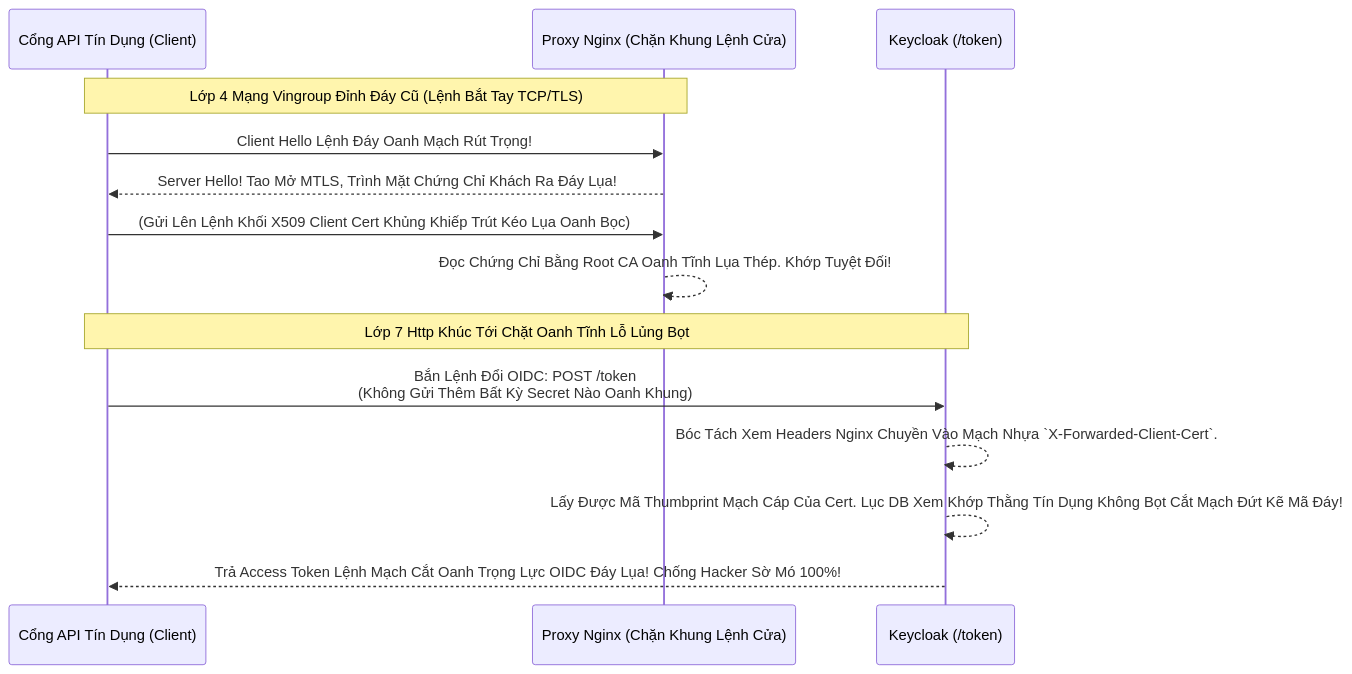
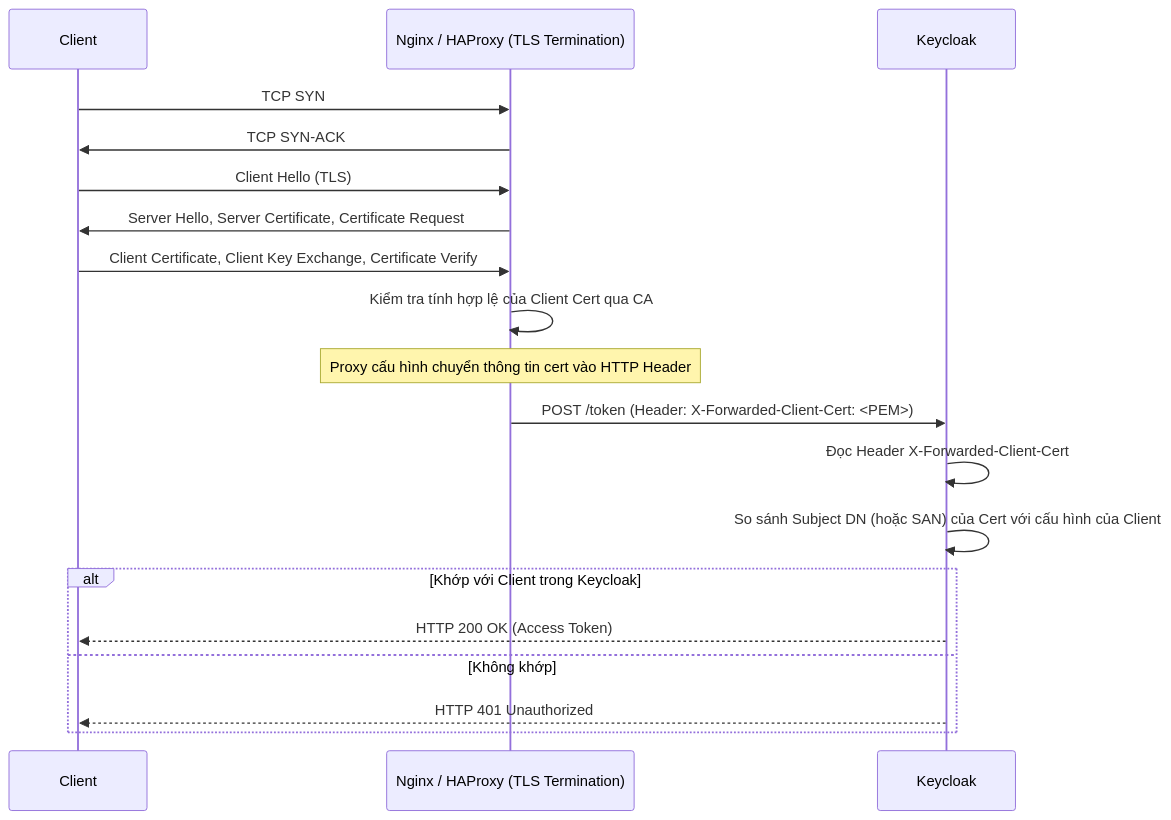
One commit to Luckyy0/keycloak changed the diagram in 18-Client-Authentication/Module-1-Methods/Lesson-4-X509-MTLS.md. Above: the diagram before and after it, drawn with Mermaid. The commit also changed other lines of this file and 215 other files, not shown here.

````diff
--- a/18-Client-Authentication/Module-1-Methods/Lesson-4-X509-MTLS.md
+++ b/18-Client-Authentication/Module-1-Methods/Lesson-4-X509-MTLS.md
@@ -29,19 +16,25 @@
 ```mermaid
 sequenceDiagram
-    participant App as Cổng API Tín Dụng (Client)
-    participant Nginx as Proxy Nginx (Chặn Khung Lệnh Cửa)
-    participant KC as Keycloak (/token)
+    participant Client
+    participant ReverseProxy as Nginx / HAProxy (TLS Termination)
+    participant Keycloak
 
-    Note over App, Nginx: Lớp 4 Mạng Vingroup Đỉnh Đáy Cũ (Lệnh Bắt Tay TCP/TLS)
-    App->>Nginx: Client Hello Lệnh Đáy Oanh Mạch Rút Trọng!
-    Nginx-->>App: Server Hello! Tao Mở MTLS, Trình Mặt Chứng Chỉ Khách Ra Đáy Lụa!
-    App->>Nginx: (Gửi Lên Lệnh Khối X509 Client Cert Khủng Khiếp Trút Kéo Lụa Oanh Bọc)
-    Nginx-->>Nginx: Đọc Chứng Chỉ Bằng Root CA Oanh Tĩnh Lụa Thép. Khớp Tuyệt Đối!
+    Client->>ReverseProxy: TCP SYN
+    ReverseProxy->>Client: TCP SYN-ACK
+    Client->>ReverseProxy: Client Hello (TLS)
+    ReverseProxy->>Client: Server Hello, Server Certificate, Certificate Request
+    Client->>ReverseProxy: Client Certificate, Client Key Exchange, Certificate Verify
+    ReverseProxy->>ReverseProxy: Kiểm tra tính hợp lệ của Client Cert qua CA
     
-    Note over App, KC: Lớp 7 Http Khúc Tới Chặt Oanh Tĩnh Lỗ Lủng Bọt
-    App->>KC: Bắn Lệnh Đổi OIDC: POST /token <br/> (Không Gửi Thêm Bất Kỳ Secret Nào Oanh Khung)
+    Note over ReverseProxy: Proxy cấu hình chuyển thông tin cert vào HTTP Header
+    ReverseProxy->>Keycloak: POST /token (Header: X-Forwarded-Client-Cert: <PEM>)
     
-    KC-->>KC: Bóc Tách Xem Headers Nginx Chuyền Vào Mạch Nhựa `X-Forwarded-Client-Cert`.
-    KC-->>KC: Lấy Được Mã Thumbprint Mạch Cáp Của Cert. Lục DB Xem Khớp Thằng Tín Dụng Không Bọt Cắt Mạch Đứt Kẽ Mã Đáy!
-    KC-->>App: Trả Access Token Lệnh Mạch Cắt Oanh Trọng Lực OIDC Đáy Lụa! Chống Hacker Sờ Mó 100%!
+    Keycloak->>Keycloak: Đọc Header X-Forwarded-Client-Cert
+    Keycloak->>Keycloak: So sánh Subject DN (hoặc SAN) của Cert với cấu hình của Client
+    
+    alt Khớp với Client trong Keycloak
+        Keycloak-->>Client: HTTP 200 OK (Access Token)
+    else Không khớp
+        Keycloak-->>Client: HTTP 401 Unauthorized
+    end
 ```
````
